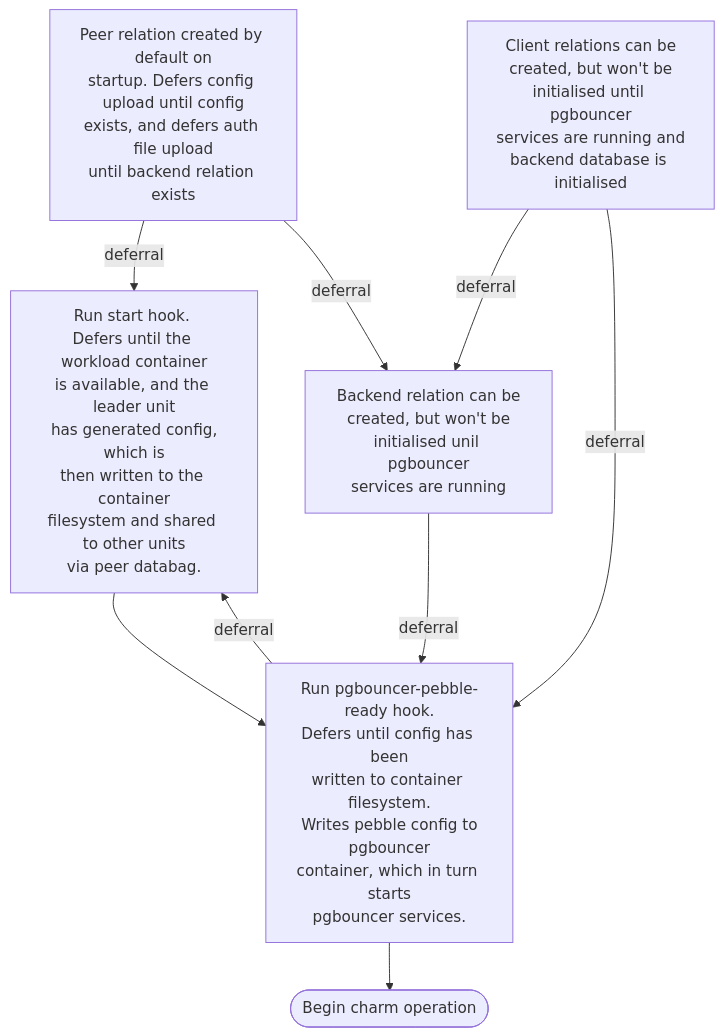
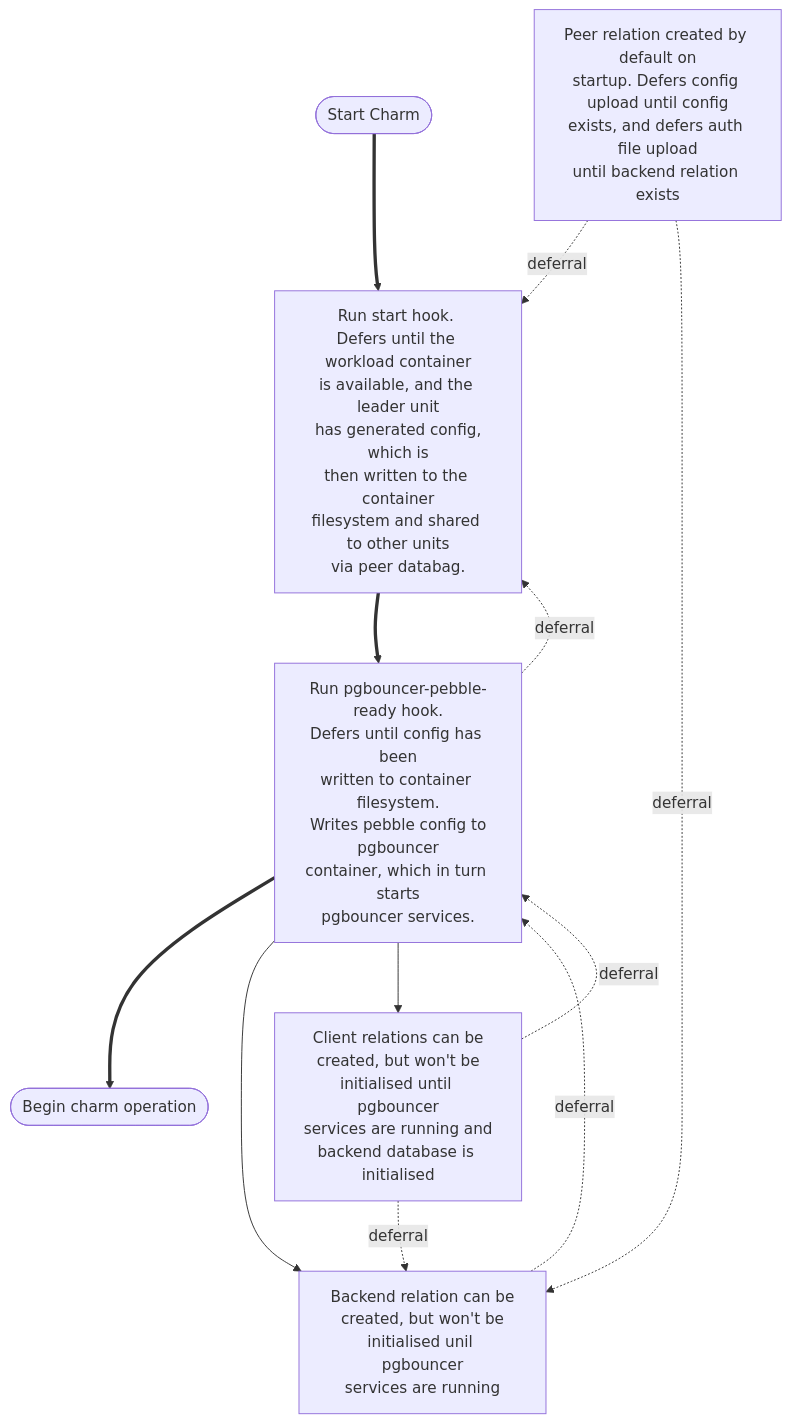
The first of 3 diagrams in documentation/charm.md (canonical/pgbouncer-k8s-operator), drawn with Mermaid before and after one commit. The commit also changed other lines of this file, not shown here.

Commit message:
simplifying flowcharts some more

````diff
--- a/documentation/charm.md
+++ b/documentation/charm.md
@@ -15,15 +13,18 @@
 ```mermaid
 flowchart TD
+  start([Start Charm]) ==> start_hook
   start_hook[Run start hook. \nDefers until the workload container\nis available, and the leader unit\n has generated config, which is\nthen written to the container\nfilesystem and shared to other units\nvia peer databag.]
-  start_hook --> pebble_ready[Run pgbouncer-pebble-ready hook.\nDefers until config has been\nwritten to container filesystem.\n Writes pebble config to pgbouncer\ncontainer, which in turn starts\npgbouncer services.]
-  pebble_ready -- deferral --> start_hook
-  pebble_ready --> begin([Begin charm operation])
+  start_hook ==> pebble_ready[Run pgbouncer-pebble-ready hook.\nDefers until config has been\nwritten to container filesystem.\n Writes pebble config to pgbouncer\ncontainer, which in turn starts\npgbouncer services.]
+  pebble_ready -. deferral .-> start_hook
+  pebble_ready ==> begin([Begin charm operation])
+  pebble_ready --> backend_database_relation_created
+  pebble_ready --> client_relation_created
   backend_database_relation_created[Backend relation can be\ncreated, but won't be\ninitialised unil pgbouncer\nservices are running]
-  backend_database_relation_created -- deferral --> pebble_ready
+  backend_database_relation_created -. deferral .-> pebble_ready
     peer_relation_created[Peer relation created by default on\nstartup. Defers config upload until config\nexists, and defers auth file upload\nuntil backend relation exists]
-  peer_relation_created -- deferral --> start_hook
-  peer_relation_created -- deferral --> backend_database_relation_created
+  peer_relation_created -. deferral .-> start_hook
+  peer_relation_created -. deferral .-> backend_database_relation_created
   client_relation_created[Client relations can be\ncreated, but won't be\ninitialised until pgbouncer\nservices are running and\nbackend database is initialised]
-  client_relation_created -- deferral --> backend_database_relation_created
-  client_relation_created -- deferral --> pebble_ready
+  client_relation_created -. deferral .-> backend_database_relation_created
+  client_relation_created -. deferral .-> pebble_ready
 ```
````
